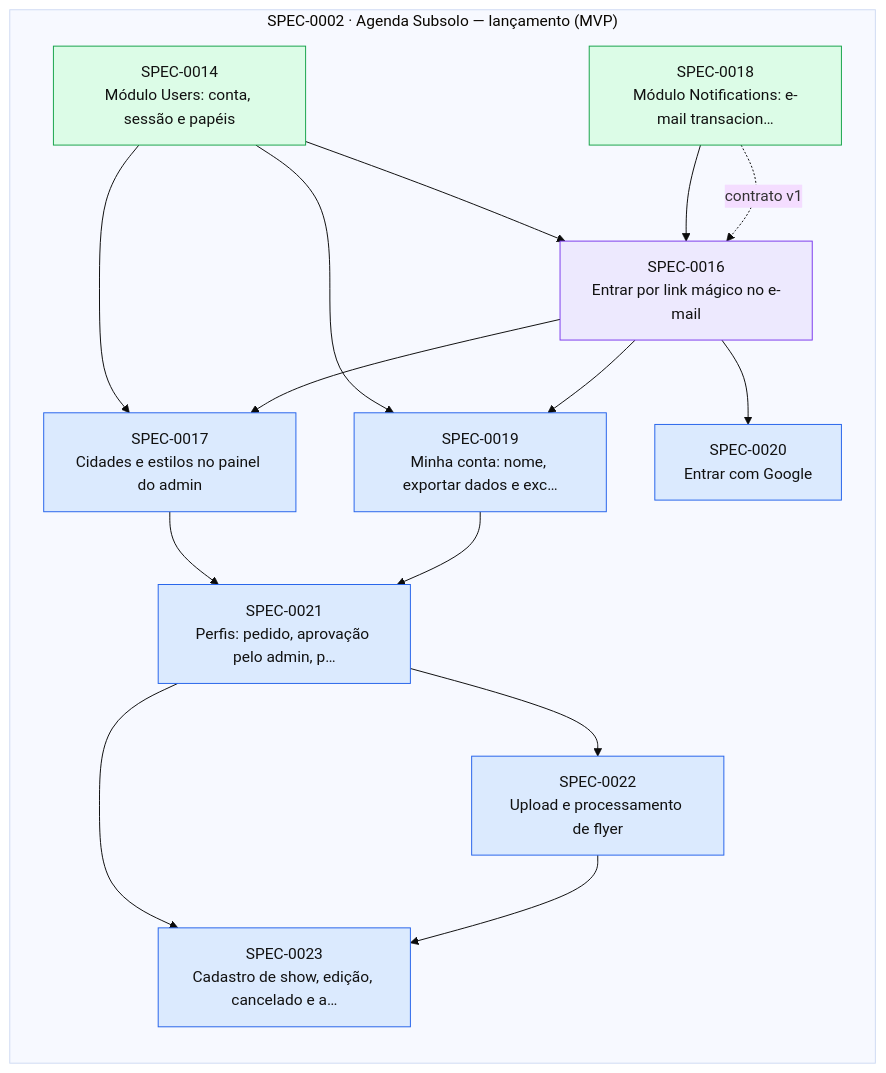
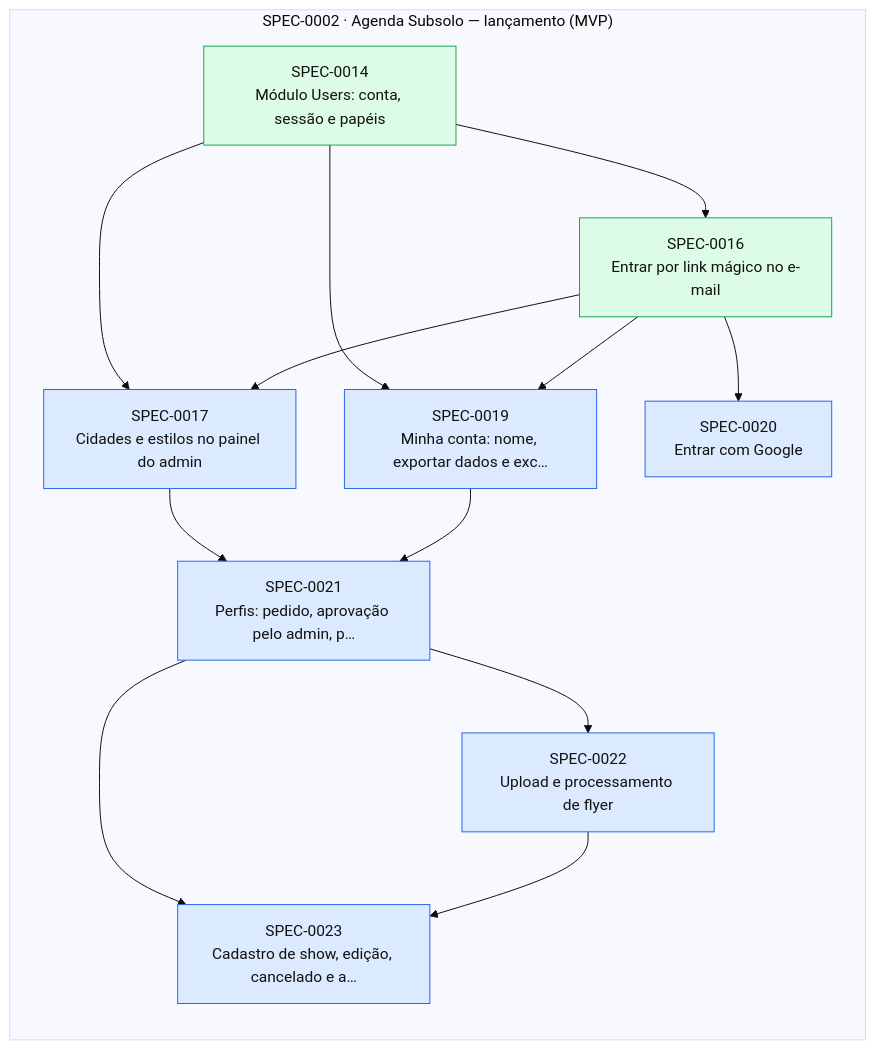
One commit to thomasravache/subsolo changed the diagram in docs/specs/INDEX.md. Above: the diagram before and after it, drawn with Mermaid (base theme). The commit also changed other lines of this file and 3 other files, not shown here.

````diff
--- a/docs/specs/INDEX.md
+++ b/docs/specs/INDEX.md
@@ -71,32 +70,29 @@
 ```mermaid
 flowchart LR
   subgraph E0002["SPEC-0002 · Agenda Subsolo — lançamento (MVP)"]
     S0014["SPEC-0014<br/>Módulo Users: conta, sessão e papéis"]:::implemented
-    S0016["SPEC-0016<br/>Entrar por link mágico no e-mail"]:::inprogress
+    S0016["SPEC-0016<br/>Entrar por link mágico no e-mail"]:::implemented
     S0017["SPEC-0017<br/>Cidades e estilos no painel do admin"]:::approved
-    S0018["SPEC-0018<br/>Módulo Notifications: e-mail transacion…"]:::implemented
     S0019["SPEC-0019<br/>Minha conta: nome, exportar dados e exc…"]:::approved
     S0020["SPEC-0020<br/>Entrar com Google"]:::approved
     S0021["SPEC-0021<br/>Perfis: pedido, aprovação pelo admin, p…"]:::approved
     S0022["SPEC-0022<br/>Upload e processamento de flyer"]:::approved
     S0023["SPEC-0023<br/>Cadastro de show, edição, cancelado e a…"]:::approved
   end
   S0014 --> S0016
-  S0018 --> S0016
-  S0018 -. contrato v1 .-> S0016
   S0014 --> S0017
   S0016 --> S0017
   S0014 --> S0019
   S0016 --> S0019
   S0016 --> S0020
   S0017 --> S0021
   S0019 --> S0021
   S0021 --> S0022
   S0021 --> S0023
   S0022 --> S0023
   classDef proposed fill:#fef3c7,stroke:#d97706,color:#111
   classDef approved fill:#dbeafe,stroke:#2563eb,color:#111
   classDef inprogress fill:#ede9fe,stroke:#7c3aed,color:#111
   classDef implemented fill:#dcfce7,stroke:#16a34a,color:#111
   classDef deprecated fill:#f3f4f6,stroke:#9ca3af,color:#6b7280
 ```
````
